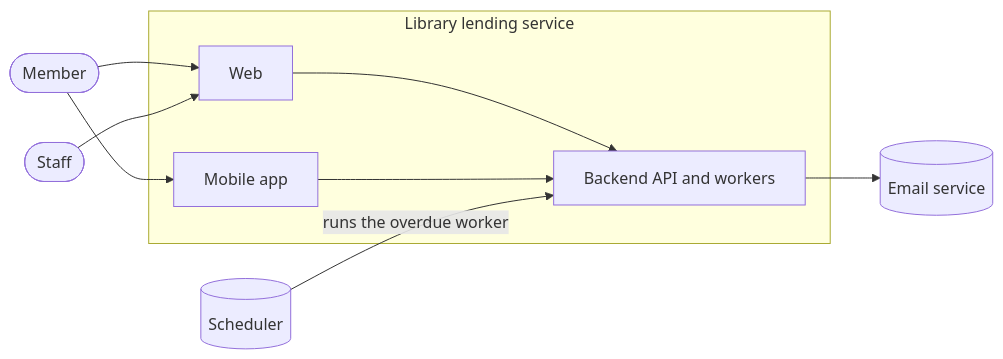
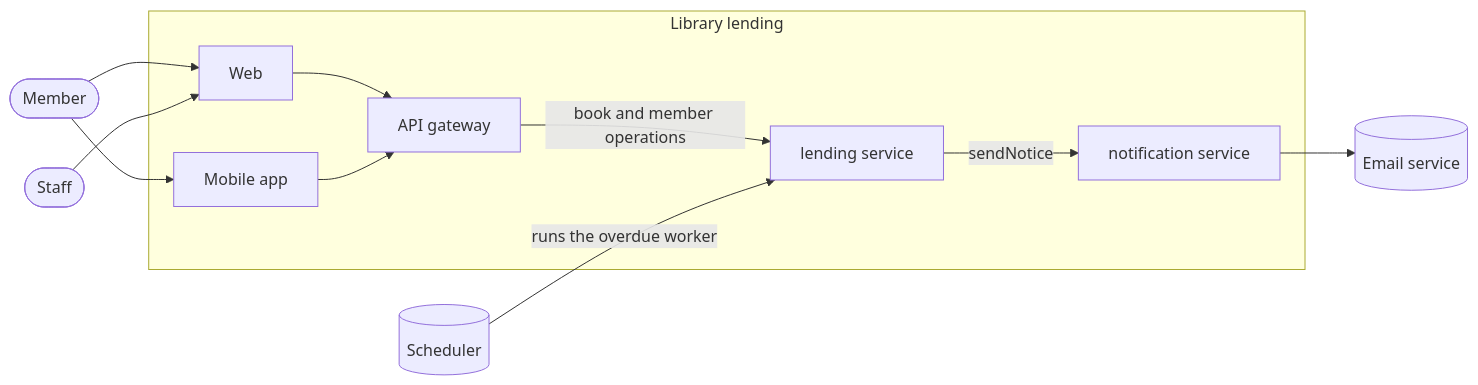
One commit to hieutran21198/Artifact-Driven-Framework changed the diagram in docs/software-knowledges/system/context.md. Above: the diagram before and after it, drawn with Mermaid. The commit also changed other lines of this file and 77 other files, not shown here.

````diff
--- a/docs/software-knowledges/system/context.md
+++ b/docs/software-knowledges/system/context.md
@@ -6,20 +7,24 @@
 ```mermaid
 flowchart LR
     member([Member])
     staff([Staff])
 
-    subgraph service [Library lending service]
+    subgraph product [Library lending]
         web[Web]
         mobile[Mobile app]
-        backend[Backend API and workers]
+        gateway[API gateway]
+        lending[lending service]
+        notification[notification service]
     end
 
     scheduler[(Scheduler)]
     email[(Email service)]
 
     member --> web & mobile
     staff --> web
-    web & mobile --> backend
-    scheduler -- "runs the overdue worker" --> backend
-    backend --> email
+    web & mobile --> gateway
+    gateway -- "book and member operations" --> lending
+    scheduler -- "runs the overdue worker" --> lending
+    lending -- "sendNotice" --> notification
+    notification --> email
 ```
````
